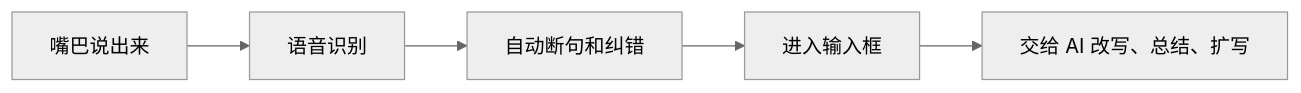
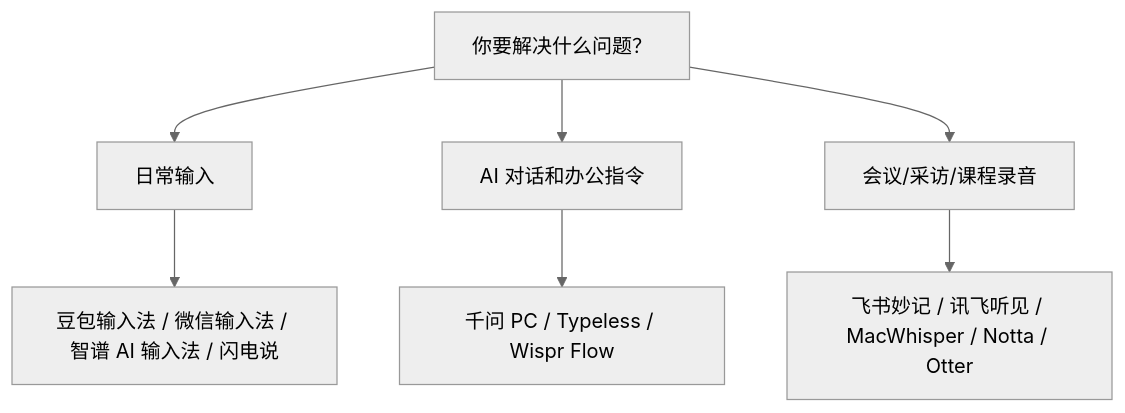
Before and after one commit to xieli149/AI--obsidian: the first of 3 diagrams in 02-稿件库/01-创作中稿件/语音输入软件横评-20260613/02-配图与素材清单.md, drawn with Mermaid (neutral theme). The commit also changed other lines of this file and 2 other files, not shown here.

````diff
--- a/02-稿件库/01-创作中稿件/语音输入软件横评-20260613/02-配图与素材清单.md
+++ b/02-稿件库/01-创作中稿件/语音输入软件横评-20260613/02-配图与素材清单.md
@@ -39,7 +42,9 @@
 ```mermaid
-flowchart LR
-  A["嘴巴说出来"] --> B["语音识别"]
-  B --> C["自动断句和纠错"]
-  C --> D["进入输入框"]
-  D --> E["交给 AI 改写、总结、扩写"]
+flowchart TD
+  A["你要解决什么问题？"] --> B["日常输入"]
+  A --> C["AI 对话和办公指令"]
+  A --> D["会议/采访/课程录音"]
+  B --> E["豆包输入法 / 微信输入法 / 智谱 AI 输入法 / 闪电说"]
+  C --> F["千问 PC / Typeless / Wispr Flow"]
+  D --> G["飞书妙记 / 讯飞听见 / MacWhisper / Notta / Otter"]
 ```
````
